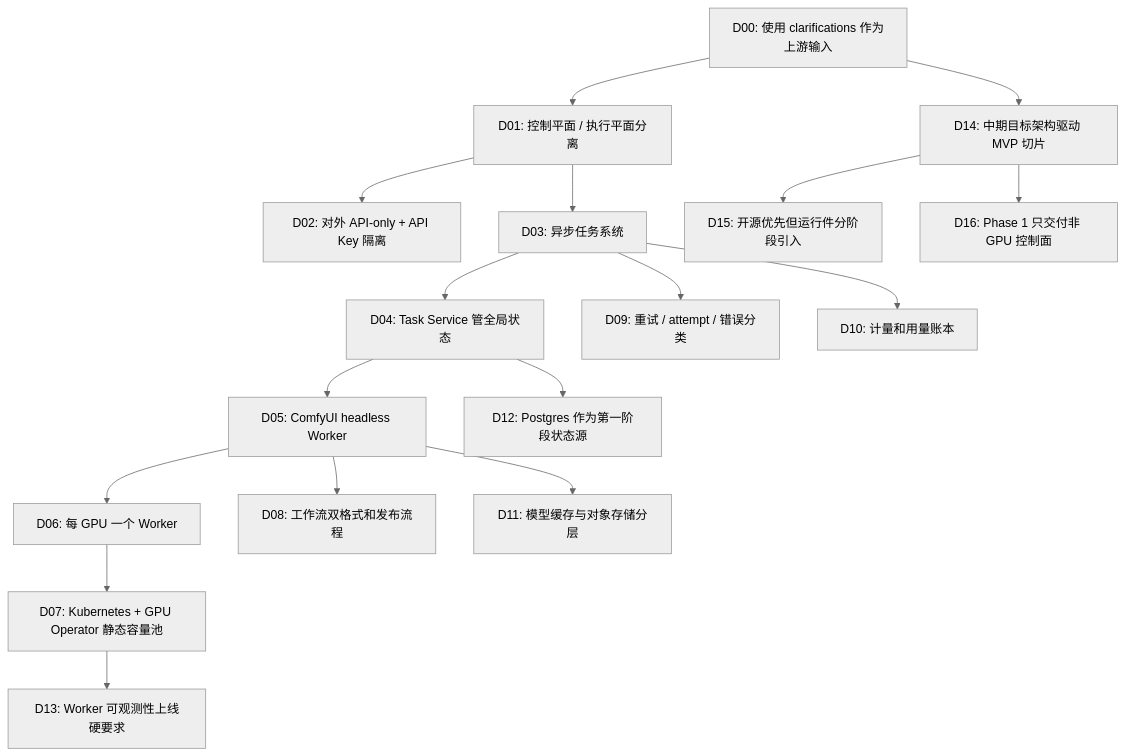
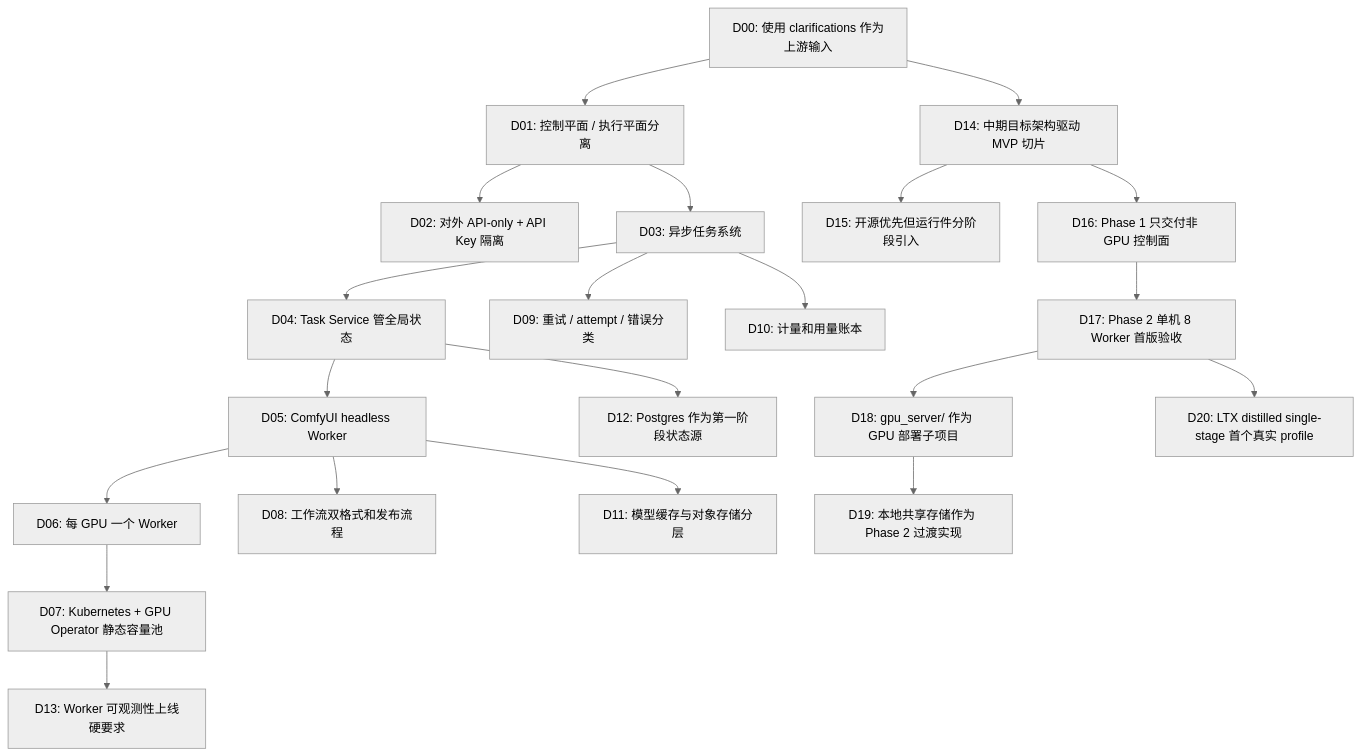
Before and after one commit to chenchiyuan/ltx: the diagram in docs/iterations/ltx-video-service/arch_decisions.md, drawn with Mermaid (neutral theme). The commit also changed other lines of this file and 20 other files, not shown here.

````diff
--- a/docs/iterations/ltx-video-service/arch_decisions.md
+++ b/docs/iterations/ltx-video-service/arch_decisions.md
@@ -7,19 +7,23 @@
 ```mermaid
 graph TD
   D00["D00: 使用 clarifications 作为上游输入"] --> D01["D01: 控制平面 / 执行平面分离"]
   D01 --> D02["D02: 对外 API-only + API Key 隔离"]
   D01 --> D03["D03: 异步任务系统"]
   D03 --> D04["D04: Task Service 管全局状态"]
   D04 --> D05["D05: ComfyUI headless Worker"]
   D05 --> D06["D06: 每 GPU 一个 Worker"]
   D06 --> D07["D07: Kubernetes + GPU Operator 静态容量池"]
   D05 --> D08["D08: 工作流双格式和发布流程"]
   D03 --> D09["D09: 重试 / attempt / 错误分类"]
   D03 --> D10["D10: 计量和用量账本"]
   D05 --> D11["D11: 模型缓存与对象存储分层"]
   D04 --> D12["D12: Postgres 作为第一阶段状态源"]
   D07 --> D13["D13: Worker 可观测性上线硬要求"]
   D00 --> D14["D14: 中期目标架构驱动 MVP 切片"]
   D14 --> D15["D15: 开源优先但运行件分阶段引入"]
   D14 --> D16["D16: Phase 1 只交付非 GPU 控制面"]
+  D16 --> D17["D17: Phase 2 单机 8 Worker 首版验收"]
+  D17 --> D18["D18: gpu_server/ 作为 GPU 部署子项目"]
+  D18 --> D19["D19: 本地共享存储作为 Phase 2 过渡实现"]
+  D17 --> D20["D20: LTX distilled single-stage 首个真实 profile"]
 ```
````
